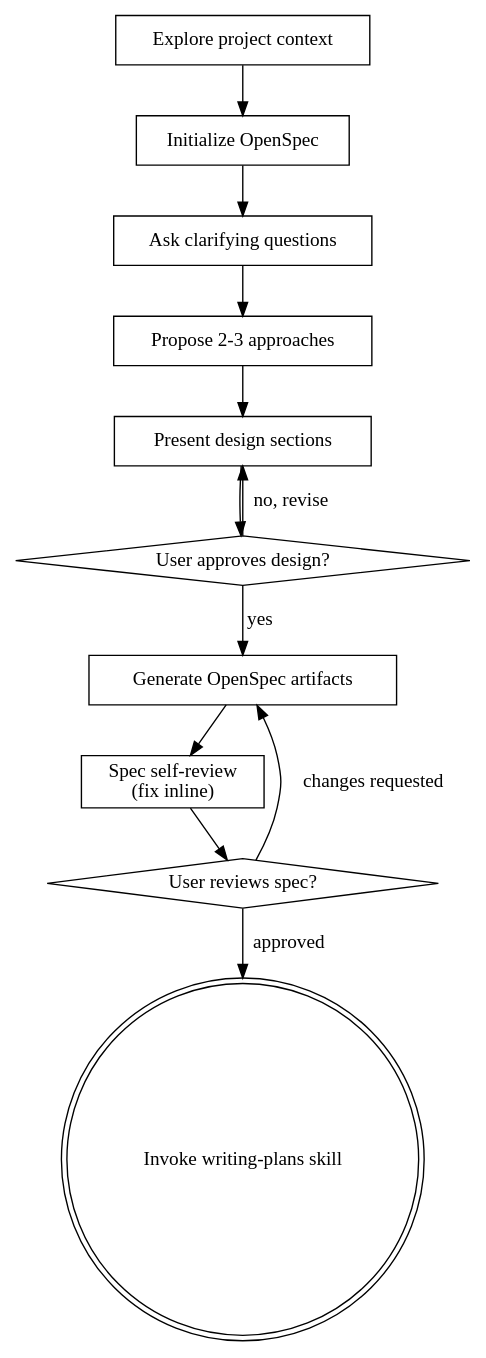
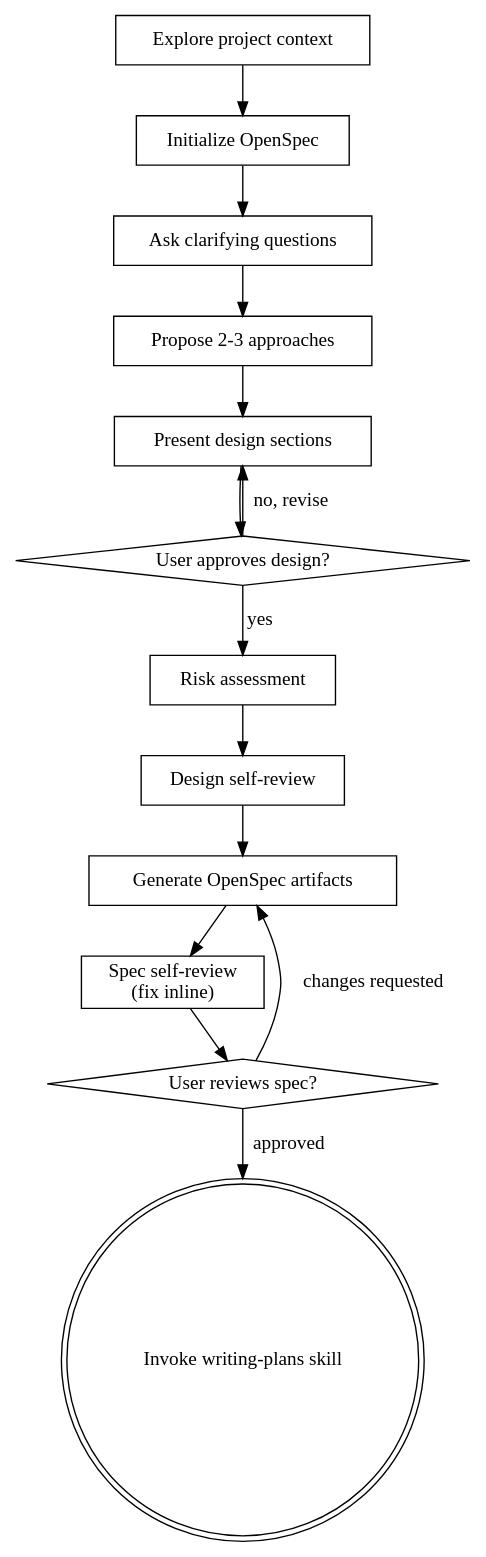
Before and after one commit to 5575xyx/superpowers: the diagram in skills/brainstorming/SKILL.md, drawn with Graphviz. The commit also changed other lines of this file and 13 other files, not shown here.

````diff
--- a/skills/brainstorming/SKILL.md
+++ b/skills/brainstorming/SKILL.md
@@ -37,26 +39,30 @@
 ```dot
 digraph brainstorming {
     "Explore project context" [shape=box];
     "Initialize OpenSpec" [shape=box];
     "Ask clarifying questions" [shape=box];
     "Propose 2-3 approaches" [shape=box];
     "Present design sections" [shape=box];
     "User approves design?" [shape=diamond];
+    "Risk assessment" [shape=box];
+    "Design self-review" [shape=box];
     "Generate OpenSpec artifacts" [shape=box];
     "Spec self-review\n(fix inline)" [shape=box];
     "User reviews spec?" [shape=diamond];
     "Invoke writing-plans skill" [shape=doublecircle];
 
     "Explore project context" -> "Initialize OpenSpec";
     "Initialize OpenSpec" -> "Ask clarifying questions";
     "Ask clarifying questions" -> "Propose 2-3 approaches";
     "Propose 2-3 approaches" -> "Present design sections";
     "Present design sections" -> "User approves design?";
     "User approves design?" -> "Present design sections" [label="no, revise"];
-    "User approves design?" -> "Generate OpenSpec artifacts" [label="yes"];
+    "User approves design?" -> "Risk assessment" [label="yes"];
+    "Risk assessment" -> "Design self-review";
+    "Design self-review" -> "Generate OpenSpec artifacts";
     "Generate OpenSpec artifacts" -> "Spec self-review\n(fix inline)";
     "Spec self-review\n(fix inline)" -> "User reviews spec?";
     "User reviews spec?" -> "Generate OpenSpec artifacts" [label="changes requested"];
     "User reviews spec?" -> "Invoke writing-plans skill" [label="approved"];
 }
 ```
````
